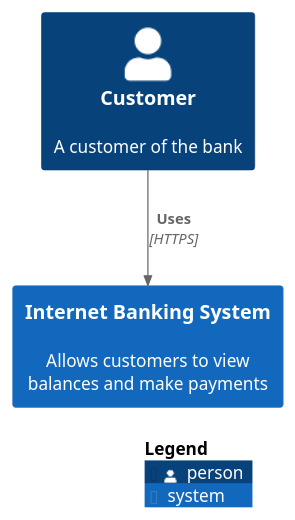
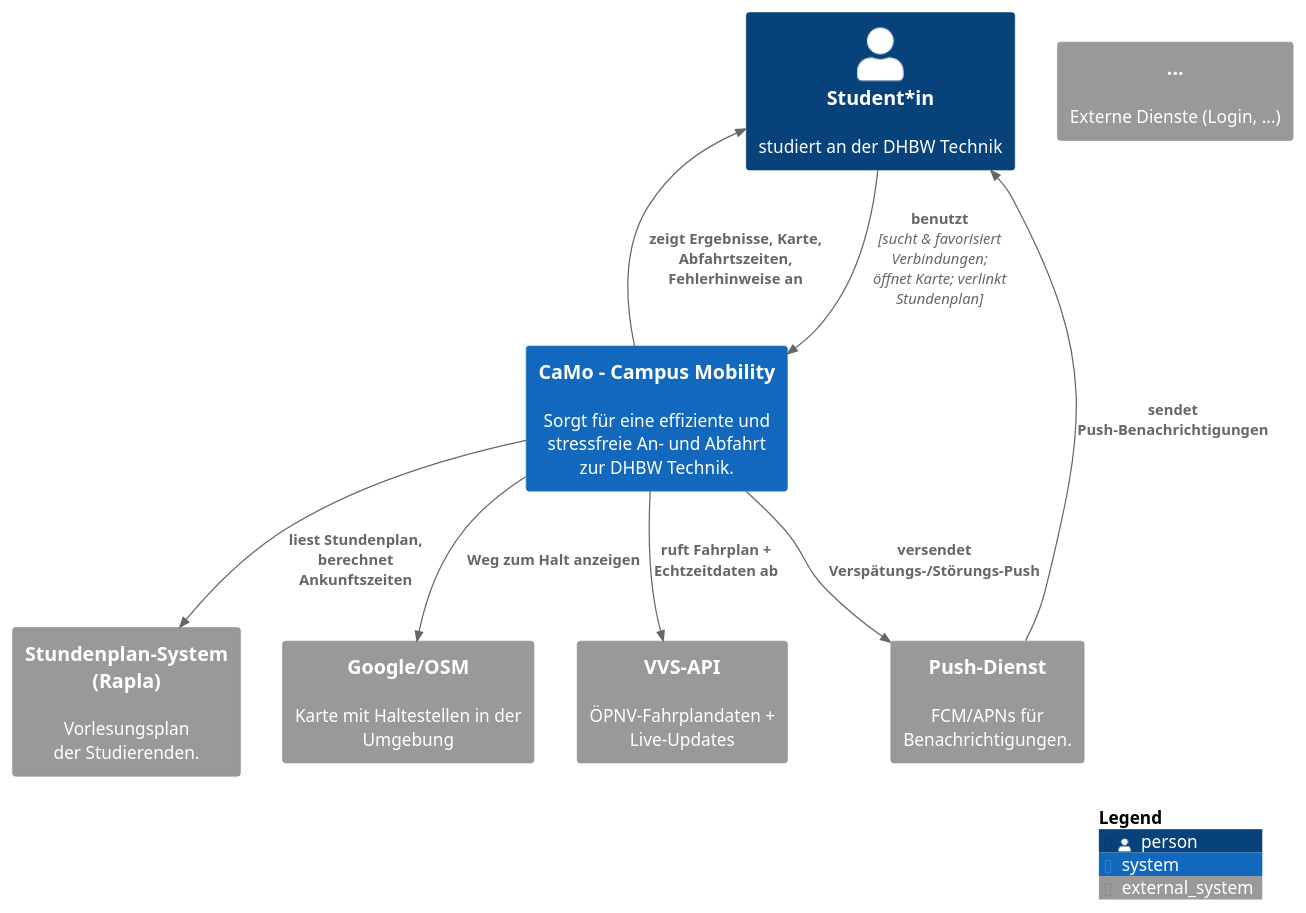
The diagram in docs/architecture/c4_beispiel.puml (Isabella25B/CaMo---Campus-Mobility), drawn with PlantUML before and after one commit.

Commit message:
first version level 1

```diff
--- a/docs/architecture/c4_beispiel.puml
+++ b/docs/architecture/c4_beispiel.puml
@@ -1,19 +1,35 @@
 @startuml C4_Context_Example
 ' C4-PlantUML Context diagram include (remote)
 !includeurl https://raw.githubusercontent.com/plantuml-stdlib/C4-PlantUML/master/C4_Context.puml
 
 ' optional: set skinparams oder Theme (siehe Repo für Varianten)
 
 ' Titel
 LAYOUT_WITH_LEGEND()
 
 ' Definiere System und Actor
-Person(customer, "Customer", "A customer of the bank")
-System(banking_system, "Internet Banking System", "Allows customers to view balances and make payments")
+Person(person, "Student*in", "studiert an der DHBW Technik")
+System(camo, "CaMo - Campus Mobility", "Sorgt für eine effiziente und stressfreie An- und Abfahrt zur DHBW Technik.")
+
+' Externe Systeme
+System_Ext(vvs,  "VVS-API", "ÖPNV-Fahrplandaten + Live-Updates")
+System_Ext(maps, "Google/OSM", "Karte mit Haltestellen in der Umgebung")
+System_Ext(push, "Push-Dienst", "FCM/APNs für Benachrichtigungen.")
+System_Ext(plan, "Stundenplan-System (Rapla)", "Vorlesungsplan der Studierenden.")
+System_Ext(marcel, "...", "Externe Dienste (Login, ...)")
 
 ' Beziehungen
-Rel(customer, banking_system, "Uses", "HTTPS")
+Rel(person, camo, "benutzt", "sucht & favorisiert Verbindungen; öffnet Karte; verlinkt Stundenplan")
+Rel(camo, vvs,  "ruft Fahrplan + Echtzeitdaten ab", "")
+Rel(camo, maps, "Weg zum Halt anzeigen", "")
+Rel(camo, push, "versendet Verspätungs-/Störungs-Push", "")
+Rel(camo, plan, "liest Stundenplan, berechnet Ankunftszeiten", "")
+
+' Rückflüsse
+Rel_D(camo, person, "zeigt Ergebnisse, Karte, Abfahrtszeiten, Fehlerhinweise an")
+Rel_D(push, person, "sendet Push-Benachrichtigungen")
+
 
 ' Ausgabe: Kontextdiagramm
 SHOW_LEGEND()
 @enduml
```
